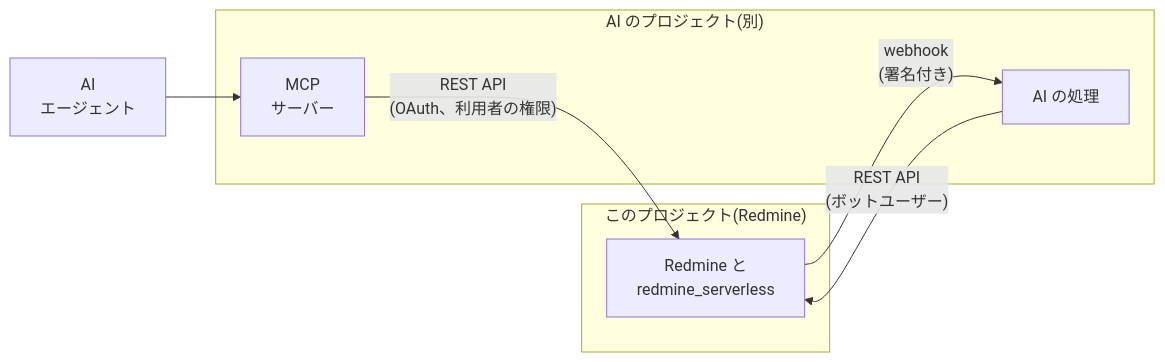
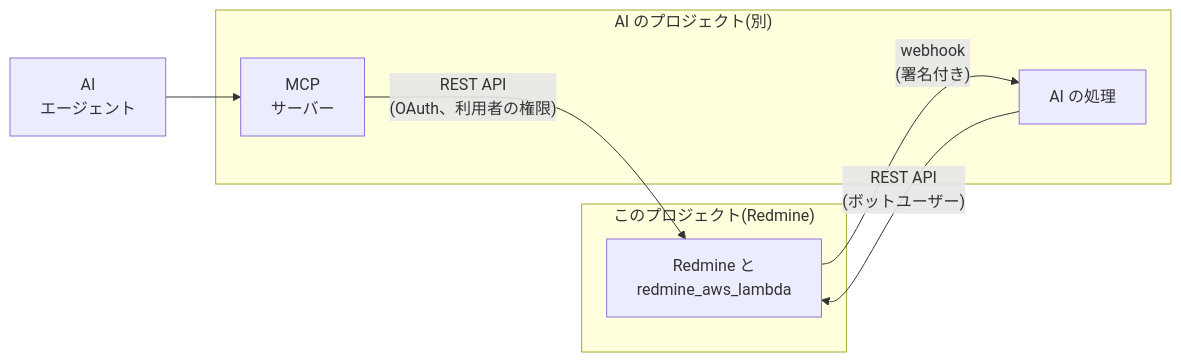
The diagram in docs/ja/ai.md (redmine-kit/serverless), drawn with Mermaid before and after one commit. The commit also changed other lines of this file and 32 other files, not shown here.

First line of the commit message:
Name the Redmine AWS plugins in the documentation

````diff
--- a/docs/ja/ai.md
+++ b/docs/ja/ai.md
@@ -15,16 +15,16 @@
 ```mermaid
 flowchart LR
   subgraph this["このプロジェクト(Redmine)"]
-    redmine["Redmine と<br>redmine_serverless"]
+    redmine["Redmine と<br>redmine_aws_lambda"]
   end
   subgraph ai["AI のプロジェクト(別)"]
     worker["AI の処理"]
     mcp["MCP<br>サーバー"]
   end
   agent["AI<br>エージェント"]
 
   redmine -- "webhook<br>(署名付き)" --> worker
   worker -- "REST API<br>(ボットユーザー)" --> redmine
   agent --> mcp
   mcp -- "REST API<br>(OAuth、利用者の権限)" --> redmine
 ```
````
